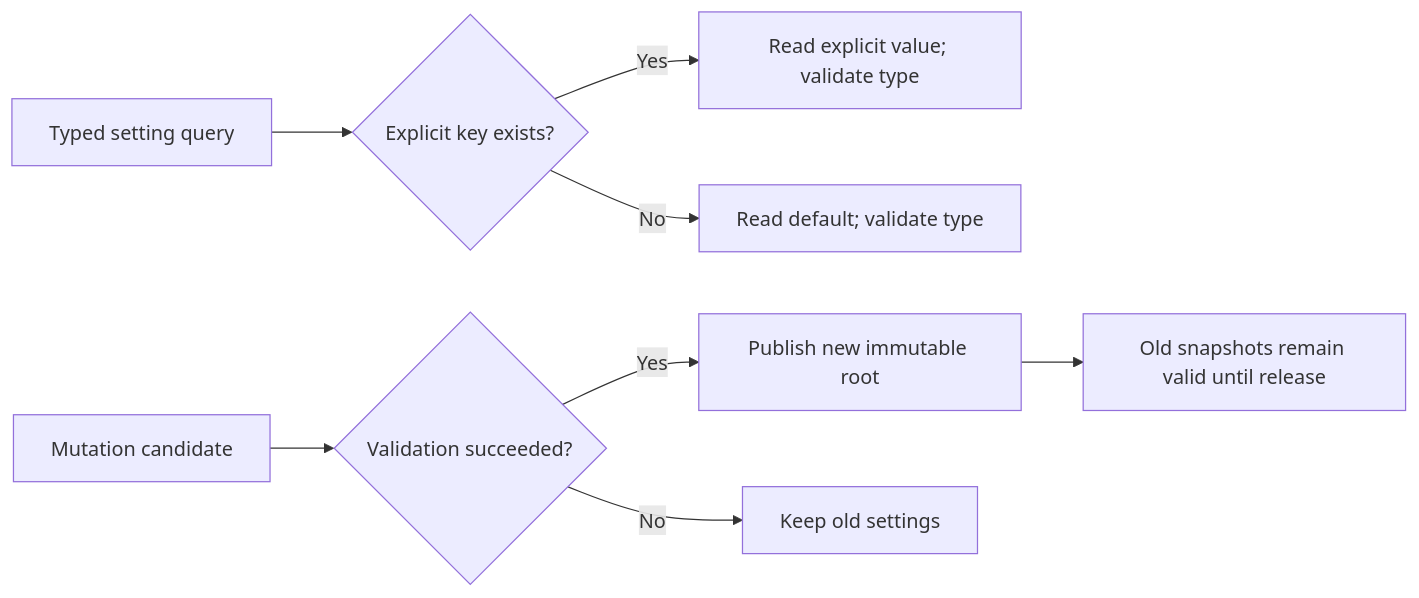
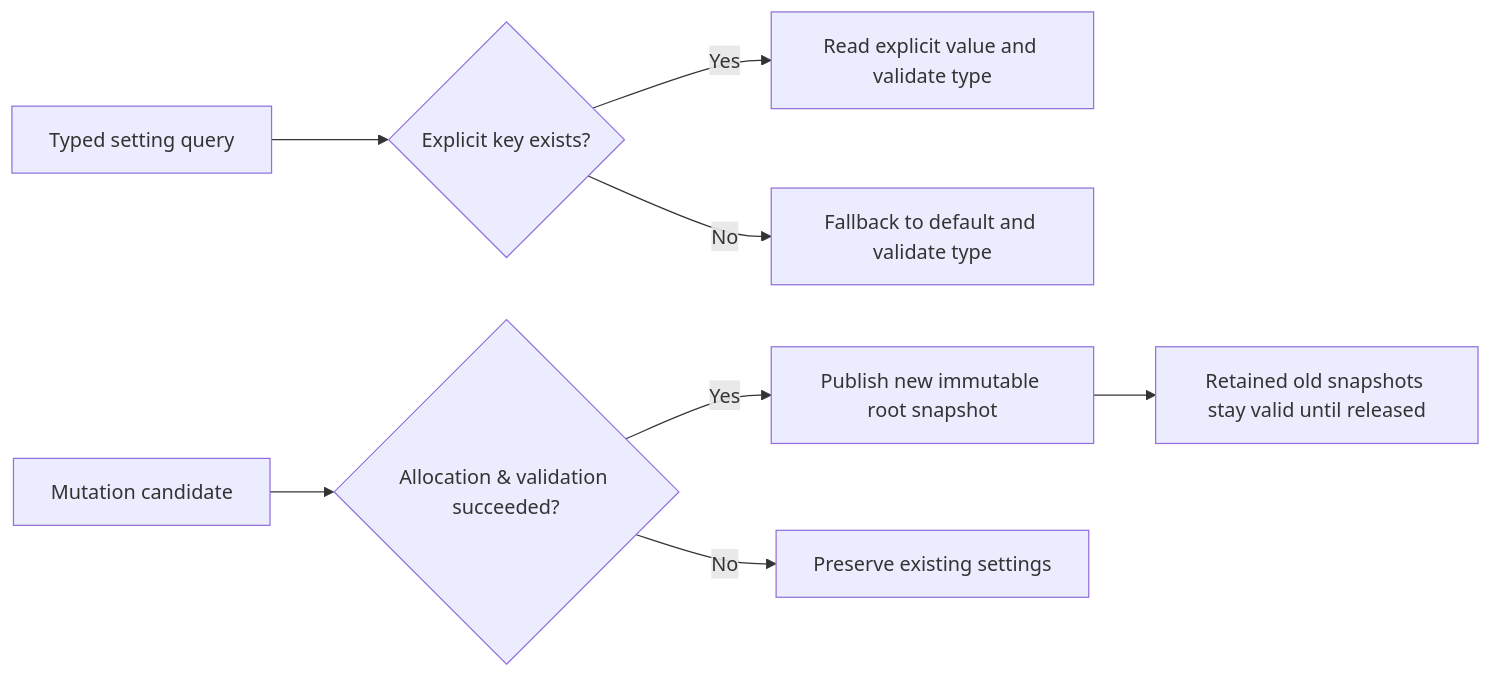
Before and after one commit to HuangX666/hx_c_platform: the second of 4 diagrams in docs/REFERENCE.md, drawn with Mermaid. The commit also changed other lines of this file and 135 other files, not shown here.

````diff
--- a/docs/REFERENCE.md
+++ b/docs/REFERENCE.md
@@ -797,10 +831,10 @@
 ```mermaid
 flowchart LR
     A["Typed setting query"] --> B{"Explicit key exists?"}
-    B -->|Yes| C["Read explicit value; validate type"]
-    B -->|No| D["Read default; validate type"]
-    E["Mutation candidate"] --> F{"Validation succeeded?"}
-    F -->|Yes| G["Publish new immutable root"]
-    F -->|No| H["Keep old settings"]
-    G --> I["Old snapshots remain valid until release"]
+    B -->|Yes| C["Read explicit value and validate type"]
+    B -->|No| D["Fallback to default and validate type"]
+    E["Mutation candidate"] --> F{"Allocation & validation succeeded?"}
+    F -->|Yes| G["Publish new immutable root snapshot"]
+    F -->|No| H["Preserve existing settings"]
+    G --> I["Retained old snapshots stay valid until released"]
 ```
````
